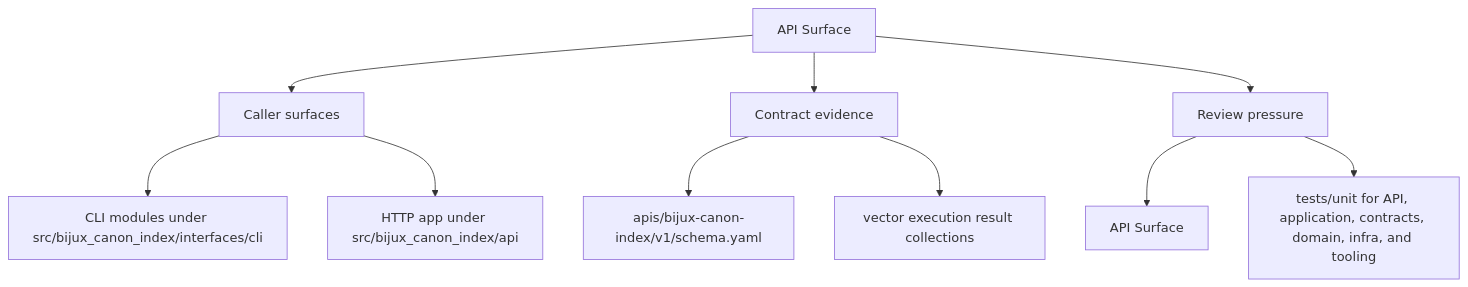
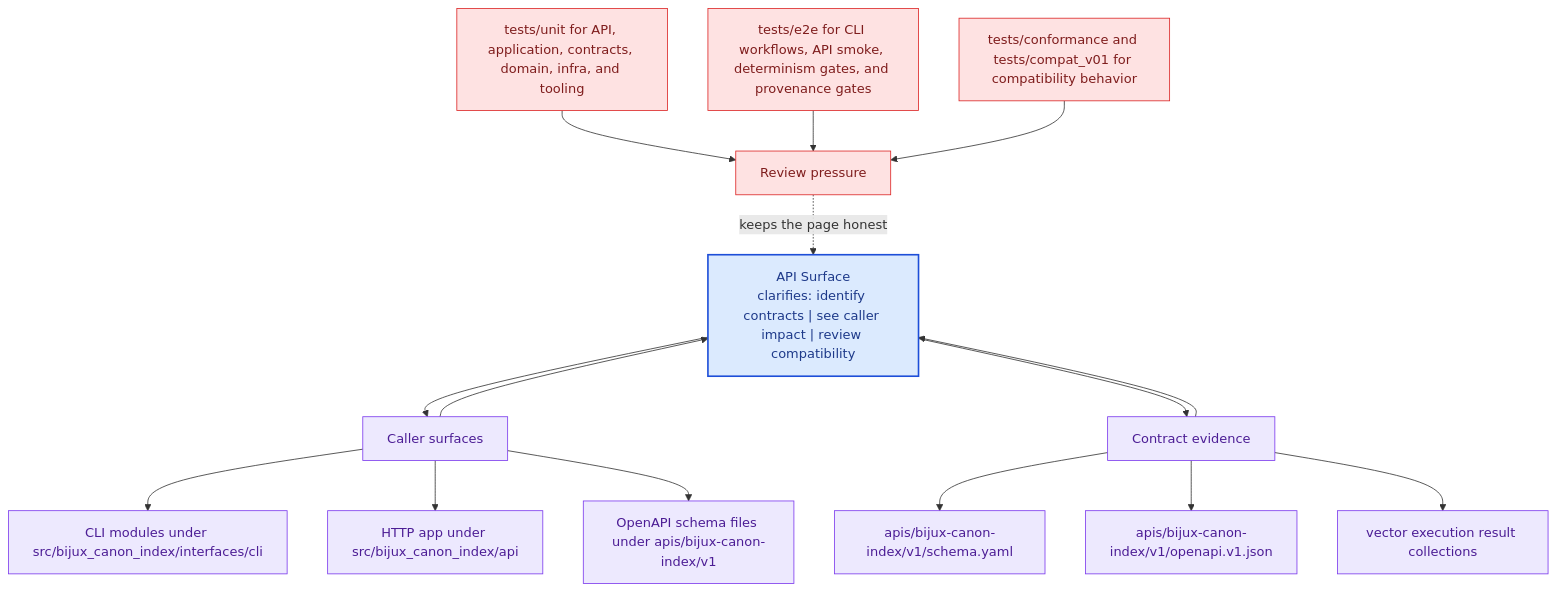
The second of 2 diagrams in docs/bijux-canon-index/interfaces/api-surface.md (bijux/bijux-canon), drawn with Mermaid before and after one commit. The commit also changed other lines of this file and 281 other files, not shown here.

Commit message:
docs(diagrams): deepen handbook mermaid maps across the catalog

````diff
--- a/docs/bijux-canon-index/interfaces/api-surface.md
+++ b/docs/bijux-canon-index/interfaces/api-surface.md
@@ -35,22 +68,41 @@
 ```mermaid
-flowchart TD
-    page["API Surface"]
+flowchart TB
+    promise["API Surface<br/>clarifies: identify contracts | see caller impact | review compatibility"]
+    classDef promise fill:#dbeafe,stroke:#1d4ed8,color:#1e3a8a,stroke-width:2px;
+    classDef driver fill:#dcfce7,stroke:#16a34a,color:#14532d;
+    classDef constraint fill:#fee2e2,stroke:#dc2626,color:#7f1d1d;
+    classDef ground fill:#ede9fe,stroke:#7c3aed,color:#4c1d95;
     focus1["Caller surfaces"]
-    page --> focus1
+    focus1 --> promise
+    promise --> focus1
     focus1_1["CLI modules under src/bijux_canon_index/interfaces/cli"]
     focus1 --> focus1_1
     focus1_2["HTTP app under src/bijux_canon_index/api"]
     focus1 --> focus1_2
+    focus1_3["OpenAPI schema files under apis/bijux-canon-index/v1"]
+    focus1 --> focus1_3
+    class focus1 ground;
+    class focus1_1,focus1_2,focus1_3 ground;
     focus2["Contract evidence"]
-    page --> focus2
+    focus2 --> promise
+    promise --> focus2
     focus2_1["apis/bijux-canon-index/v1/schema.yaml"]
     focus2 --> focus2_1
-    focus2_2["vector execution result collections"]
+    focus2_2["apis/bijux-canon-index/v1/openapi.v1.json"]
     focus2 --> focus2_2
+    focus2_3["vector execution result collections"]
+    focus2 --> focus2_3
+    class focus2 ground;
+    class focus2_1,focus2_2,focus2_3 ground;
     focus3["Review pressure"]
-    page --> focus3
-    focus3_1["API Surface"]
-    focus3 --> focus3_1
-    focus3_2["tests/unit for API, application, contracts, domain, infra, and tooling"]
-    focus3 --> focus3_2
+    focus3 -.keeps the page honest.-> promise
+    focus3_1["tests/unit for API, application, contracts, domain, infra, and tooling"]
+    focus3_1 --> focus3
+    focus3_2["tests/e2e for CLI workflows, API smoke, determinism gates, and provenance gates"]
+    focus3_2 --> focus3
+    focus3_3["tests/conformance and tests/compat_v01 for compatibility behavior"]
+    focus3_3 --> focus3
+    class focus3 constraint;
+    class focus3_1,focus3_2,focus3_3 constraint;
+    class promise promise;
 ```
````
